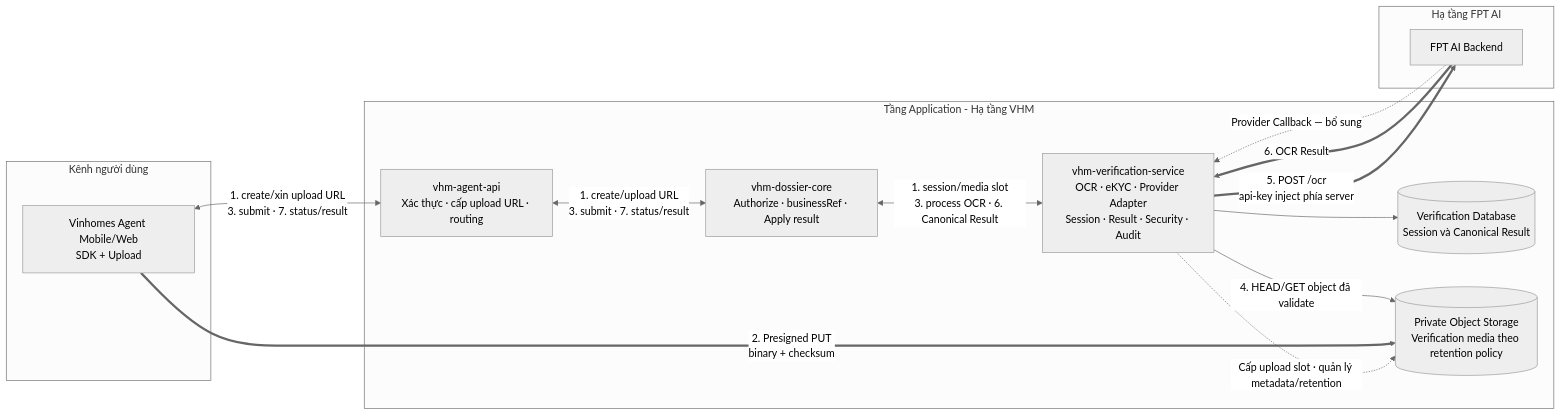
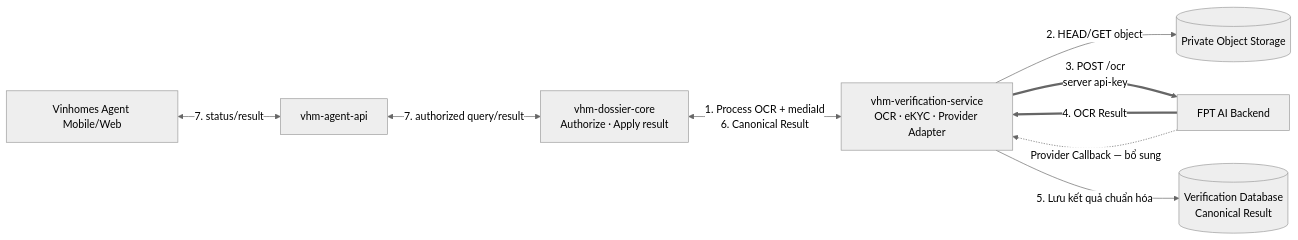
One commit to huynv-xyz/vhm changed the second of 10 diagrams in noxh.md. Above: the diagram before and after it, drawn with Mermaid (neutral theme). The commit also changed other lines of this file, not shown here.

````diff
--- a/noxh.md
+++ b/noxh.md
@@ -139,31 +158,19 @@
 ```mermaid
 flowchart LR
-    subgraph CLIENT["Kênh người dùng"]
-        AGENT["Vinhomes Agent Mobile/Web<br/>SDK + Upload"]
-    end
+    AGENT["Vinhomes Agent Mobile/Web"]
+    BFF["vhm-agent-api"]
+    NOXH["vhm-dossier-core<br/>Authorize · Apply result"]
+    VERIFY["vhm-verification-service<br/>OCR · eKYC · Provider Adapter"]
+    MEDIA[("Private Object Storage")]
+    PROVIDER["FPT AI Backend"]
+    DB[("Verification Database<br/>Canonical Result")]
 
-    subgraph APPLICATION["Tầng Application - Hạ tầng VHM"]
-        BFF["vhm-agent-api<br/>Xác thực · cấp upload URL · routing"]
-        NOXH["vhm-dossier-core<br/>Authorize · businessRef · Apply result"]
-        PROXY["vhm-verification-service<br/>OCR · eKYC · Provider Adapter<br/>Session · Result · Security · Audit"]
-        DB[("Verification Database<br/>Session và Canonical Result")]
-        MEDIA[("Private Object Storage<br/>Verification media theo retention policy")]
-
-        BFF <-->|"1. create/upload URL<br/>3. submit · 7. status/result"| NOXH
-        NOXH <-->|"1. session/media slot<br/>3. process OCR · 6. Canonical Result"| PROXY
-        PROXY --> DB
-        PROXY -.->|"Cấp upload slot · quản lý metadata/retention"| MEDIA
-    end
-
-    subgraph FPT["Hạ tầng FPT AI"]
-        PROVIDER["FPT AI Backend"]
-    end
-
-    AGENT <-->|"1. create/xin upload URL<br/>3. submit · 7. status/result"| BFF
-    AGENT ==>|"2. Presigned PUT<br/>binary + checksum"| MEDIA
-    PROXY -->|"4. HEAD/GET object đã validate"| MEDIA
-    PROXY ==>|"5. POST /ocr<br/>api-key inject phía server"| PROVIDER
-    PROVIDER ==>|"6. OCR Result"| PROXY
-    PROVIDER -.->|"Provider Callback — bổ sung"| PROXY
-
+    AGENT <-->|"7. status/result"| BFF
+    BFF <-->|"7. authorized query/result"| NOXH
+    NOXH <-->|"1. Process OCR + mediaId<br/>6. Canonical Result"| VERIFY
+    VERIFY -->|"2. HEAD/GET object"| MEDIA
+    VERIFY ==>|"3. POST /ocr<br/>server api-key"| PROVIDER
+    PROVIDER ==>|"4. OCR Result"| VERIFY
+    PROVIDER -.->|"Provider Callback — bổ sung"| VERIFY
+    VERIFY -->|"5. Lưu kết quả chuẩn hóa"| DB
 ```
````
